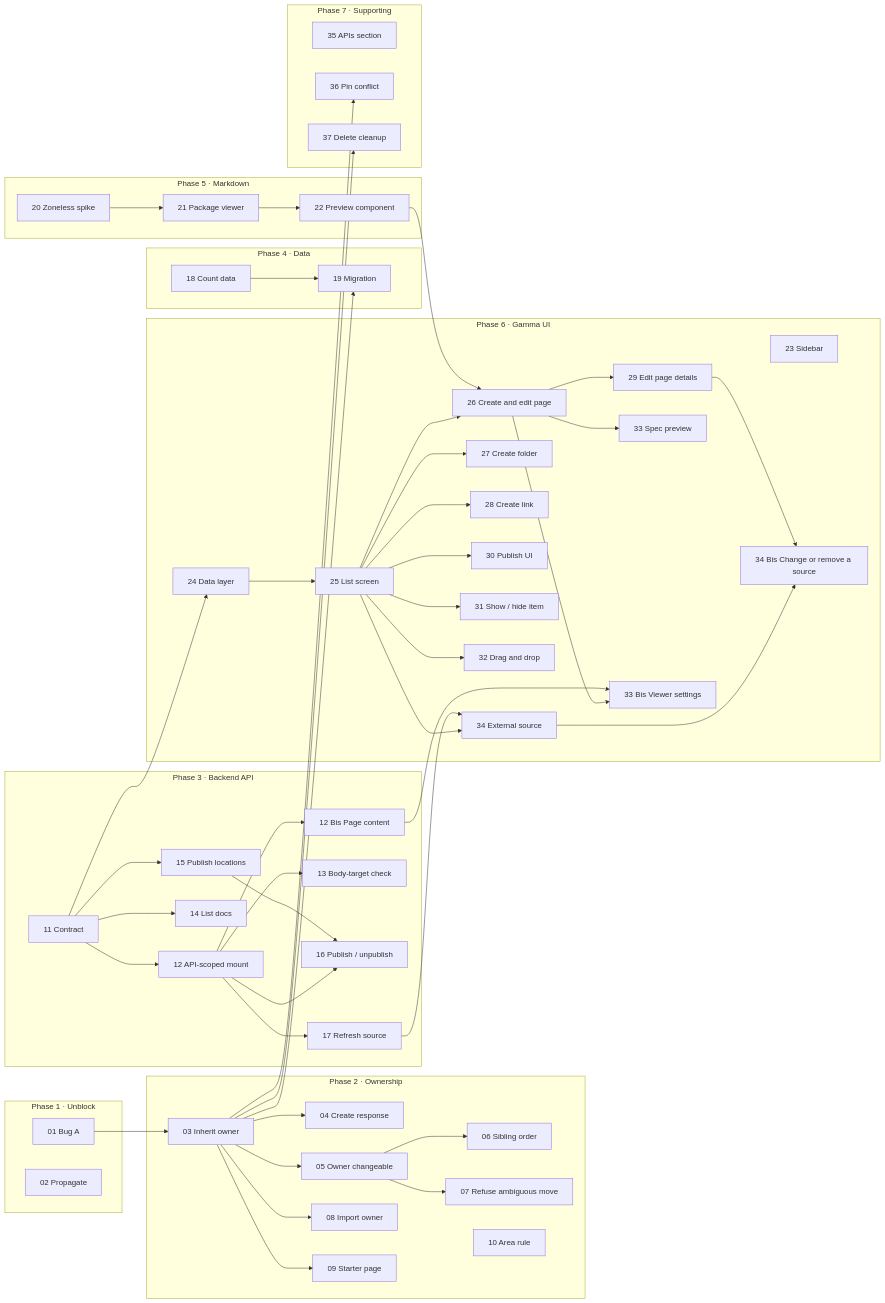
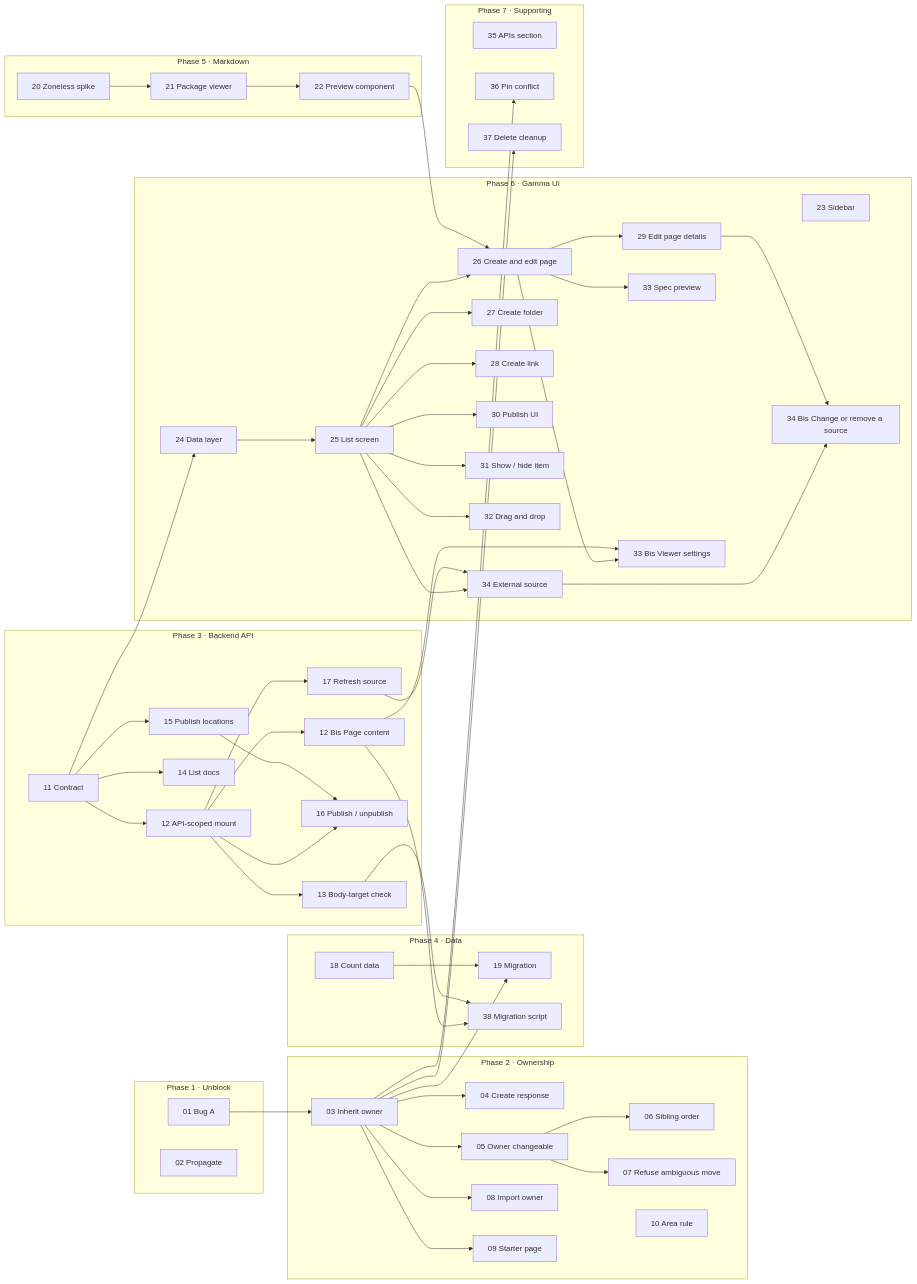
One commit to gravitee-io/gravitee-api-management changed the third of 3 diagrams in plans/PLAN.md. Above: the diagram before and after it, drawn with Mermaid. The commit also changed other lines of this file, not shown here.

Commit message:
docs: add STORY-38, migrating the legacy documentation script to 4.13, to the API docs plan

```diff
--- a/plans/PLAN.md
+++ b/plans/PLAN.md
@@ -1476,6 +1504,7 @@
     subgraph P4 ["Phase 4 · Data"]
         S18["18 Count data"]
         S19["19 Migration"]
+        S38["38 Migration script"]
     end
     subgraph P5 ["Phase 5 · Markdown"]
         S20["20 Zoneless spike"]
@@ -1521,6 +1550,8 @@
     S11 --> S24
     S12 --> S13
     S12 --> S12B
+    S12B --> S38
+    S13 --> S38
     S12 --> S16
     S15 --> S16
     S12 --> S17
```
